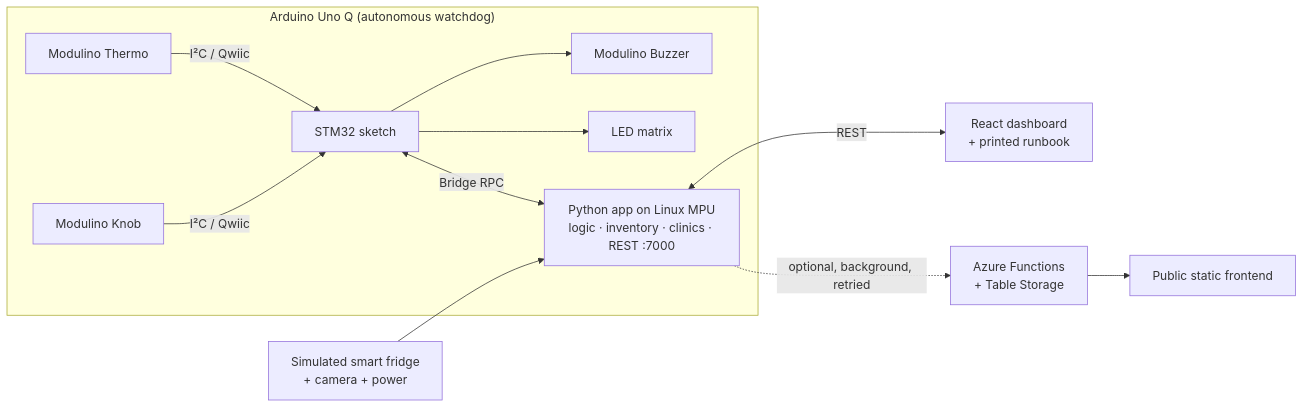
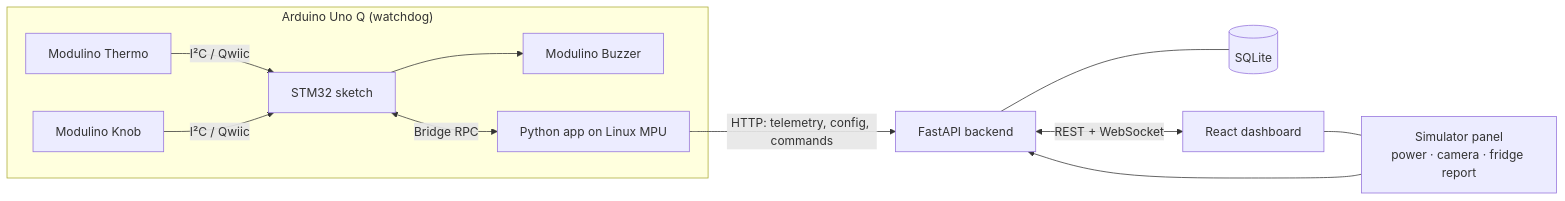
One commit to antonvidishchev/cold-chain-rescue-junction2026 changed the diagram in README.md. Above: the diagram before and after it, drawn with Mermaid. The commit also changed other lines of this file and 11 other files, not shown here.

````diff
--- a/README.md
+++ b/README.md
@@ -98,14 +96,14 @@
 ```mermaid
 flowchart LR
-  subgraph UnoQ["Arduino Uno Q (autonomous watchdog)"]
+  subgraph UnoQ["Arduino Uno Q (watchdog)"]
     T[Modulino Thermo] -->|I²C / Qwiic| MCU[STM32 sketch]
     MCU --> B[Modulino Buzzer]
-    MCU --> M[LED matrix]
     K[Modulino Knob] -->|I²C / Qwiic| MCU
-    MCU <-->|Bridge RPC| PY[Python app on Linux MPU<br/>logic · inventory · clinics · REST :7000]
+    MCU <-->|Bridge RPC| PY[Python app on Linux MPU]
   end
-  SIM[Simulated smart fridge<br/>+ camera + power] --> PY
-  PY <-->|REST| UI[React dashboard<br/>+ printed runbook]
-  PY -.->|optional, background, retried| CLOUD[Azure Functions<br/>+ Table Storage]
-  CLOUD --> PUB[Public static frontend]
+  PY -->|HTTP: telemetry, config, commands| API[FastAPI backend]
+  API --- DB[(SQLite)]
+  API <-->|REST + WebSocket| UI[React dashboard]
+  SIM[Simulator panel<br/>power · camera · fridge report] --> API
+  UI --- SIM
 ```
````
